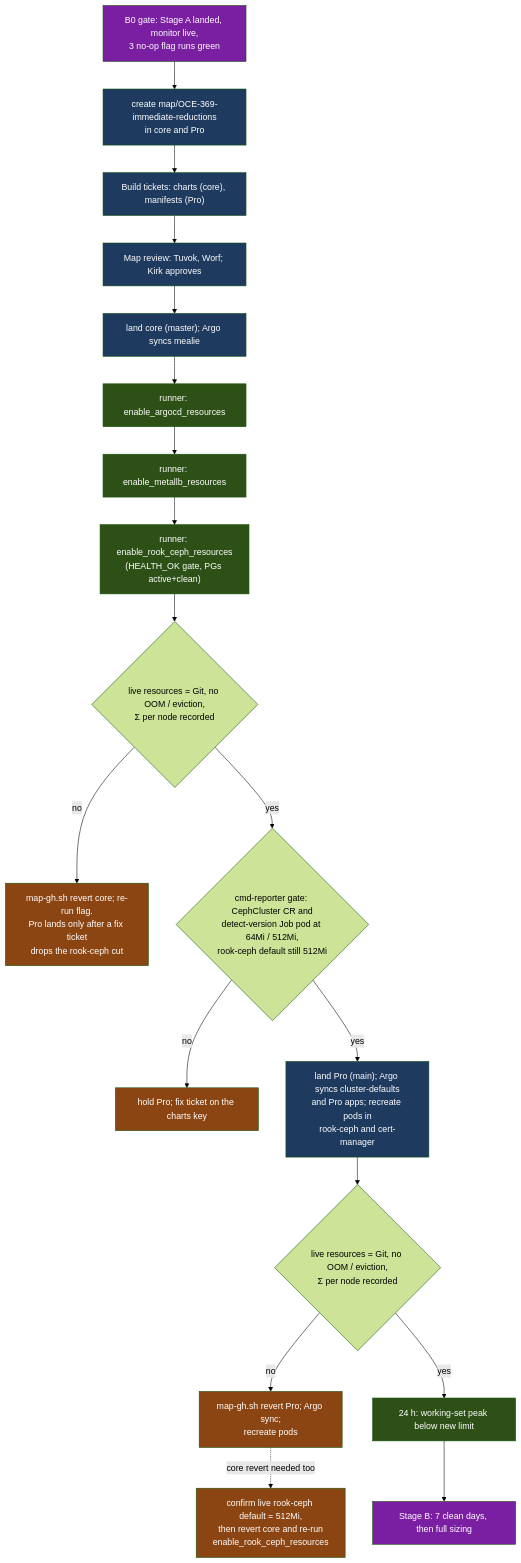
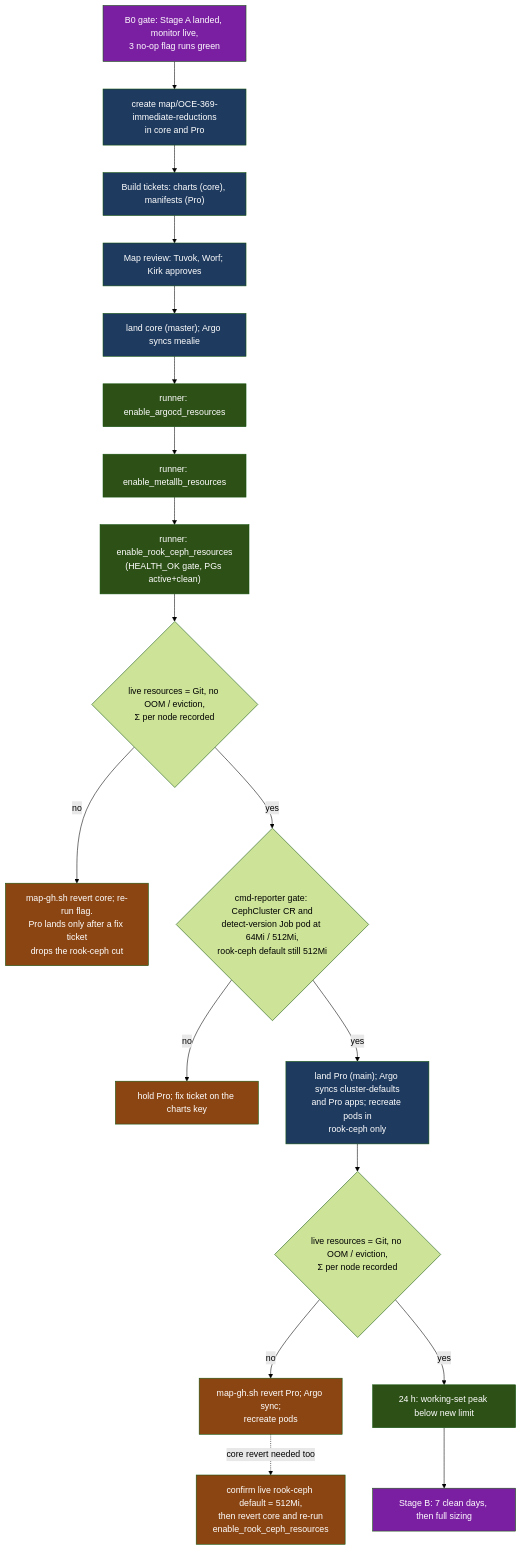
Before and after one commit to seadogger-tech/seadogger-homelab: the fourth of 4 diagrams in docs/wiki/30-Cluster-Resource-Monitor.md, drawn with Mermaid (forest theme). The commit also changed 2 other files, not shown here.

Commit message:
docs: drop cert-manager restart from B0 rollout (OCE-621)

````diff
--- a/docs/wiki/30-Cluster-Resource-Monitor.md
+++ b/docs/wiki/30-Cluster-Resource-Monitor.md
@@ -584,35 +584,35 @@
 ```mermaid
 flowchart TD
   G["B0 gate: Stage A landed, monitor live,<br/>3 no-op flag runs green"] --> B["create map/OCE-369-immediate-reductions<br/>in core and Pro"]
   B --> T["Build tickets: charts (core), manifests (Pro)"]
   T --> MR["Map review: Tuvok, Worf; Kirk approves"]
   MR --> LC["land core (master); Argo syncs mealie"]
   LC --> P2["runner: enable_argocd_resources"]
   P2 --> P3["runner: enable_metallb_resources"]
   P3 --> P4["runner: enable_rook_ceph_resources<br/>(HEALTH_OK gate, PGs active+clean)"]
   P4 --> V{"live resources = Git, no OOM / eviction,<br/>Σ per node recorded"}
   V -- no --> RBC["map-gh.sh revert core; re-run flag.<br/>Pro lands only after a fix ticket<br/>drops the rook-ceph cut"]
   V -- yes --> CR{"cmd-reporter gate: CephCluster CR and<br/>detect-version Job pod at 64Mi / 512Mi,<br/>rook-ceph default still 512Mi"}
   CR -- no --> HOLD["hold Pro; fix ticket on the charts key"]
-  CR -- yes --> LP["land Pro (main); Argo syncs cluster-defaults<br/>and Pro apps; recreate pods in<br/>rook-ceph and cert-manager"]
+  CR -- yes --> LP["land Pro (main); Argo syncs cluster-defaults<br/>and Pro apps; recreate pods in<br/>rook-ceph only"]
   LP --> V2{"live resources = Git, no OOM / eviction,<br/>Σ per node recorded"}
   V2 -- no --> RBP["map-gh.sh revert Pro; Argo sync;<br/>recreate pods"]
   V2 -- yes --> W["24 h: working-set peak below new limit"]
   W --> SB["Stage B: 7 clean days, then full sizing"]
   RBP -.->|core revert needed too| RL["confirm live rook-ceph default = 512Mi,<br/>then revert core and re-run<br/>enable_rook_ceph_resources"]
   style G fill:#7b1fa2,color:#fff
   style B fill:#1e3a5f,color:#fff
   style T fill:#1e3a5f,color:#fff
   style MR fill:#1e3a5f,color:#fff
   style LC fill:#1e3a5f,color:#fff
   style LP fill:#1e3a5f,color:#fff
   style P2 fill:#2d5016,color:#fff
   style P3 fill:#2d5016,color:#fff
   style P4 fill:#2d5016,color:#fff
   style W fill:#2d5016,color:#fff
   style SB fill:#7b1fa2,color:#fff
   style RBC fill:#8b4513,color:#fff
   style RBP fill:#8b4513,color:#fff
   style RL fill:#8b4513,color:#fff
   style HOLD fill:#8b4513,color:#fff
 ```
````
